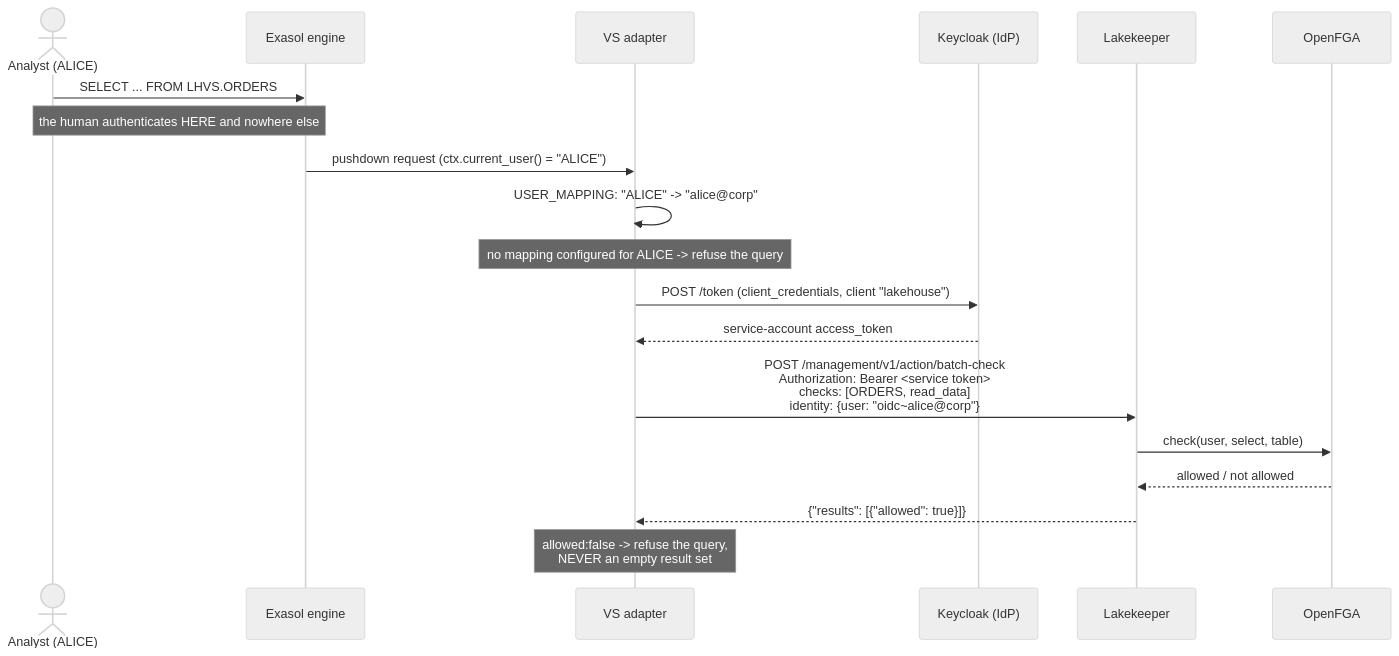
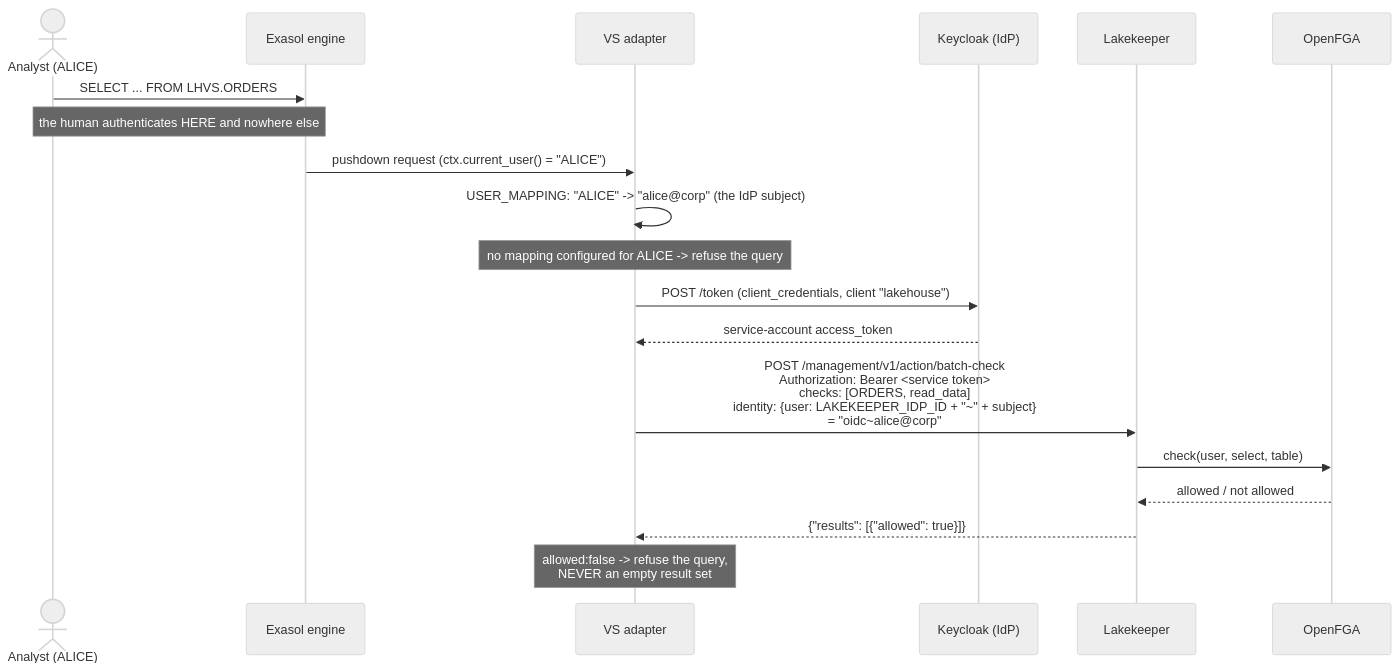
The first of 3 diagrams in spikes/opa-row-filtering/README.md (exasol-labs/lakehouse-engine-rs), drawn with Mermaid (neutral theme) before and after one commit. The commit also changed other lines of this file and 2 other files, not shown here.

First line of the commit message:
spike(opa): resolve the user-id namespace, oidc~ does not belong in USER_MAPPING

````diff
--- a/spikes/opa-row-filtering/README.md
+++ b/spikes/opa-row-filtering/README.md
@@ -1149,22 +1227,22 @@
 ```mermaid
 sequenceDiagram
     actor U as Analyst (ALICE)
     participant EX as Exasol engine
     participant VS as VS adapter
     participant IDP as Keycloak (IdP)
     participant LK as Lakekeeper
     participant FGA as OpenFGA
 
     U->>EX: SELECT ... FROM LHVS.ORDERS
     Note over U,EX: the human authenticates HERE and nowhere else
     EX->>VS: pushdown request (ctx.current_user() = "ALICE")
-    VS->>VS: USER_MAPPING: "ALICE" -> "alice@corp"
+    VS->>VS: USER_MAPPING: "ALICE" -> "alice@corp"  (the IdP subject)
     Note over VS: no mapping configured for ALICE -> refuse the query
     VS->>IDP: POST /token (client_credentials, client "lakehouse")
     IDP-->>VS: service-account access_token
-    VS->>LK: POST /management/v1/action/batch-check<br/>Authorization: Bearer <service token><br/>checks: [ORDERS, read_data]<br/>identity: {user: "oidc~alice@corp"}
+    VS->>LK: POST /management/v1/action/batch-check<br/>Authorization: Bearer <service token><br/>checks: [ORDERS, read_data]<br/>identity: {user: LAKEKEEPER_IDP_ID + "~" + subject}<br/>= "oidc~alice@corp"
     LK->>FGA: check(user, select, table)
     FGA-->>LK: allowed / not allowed
     LK-->>VS: {"results": [{"allowed": true}]}
     Note over VS: allowed:false -> refuse the query,<br/>NEVER an empty result set
 ```
````
